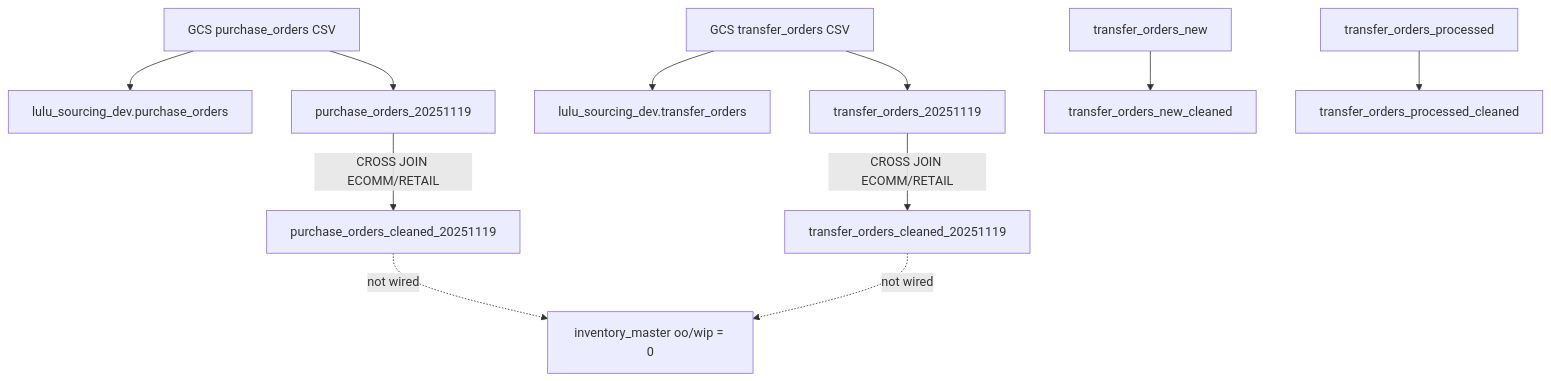
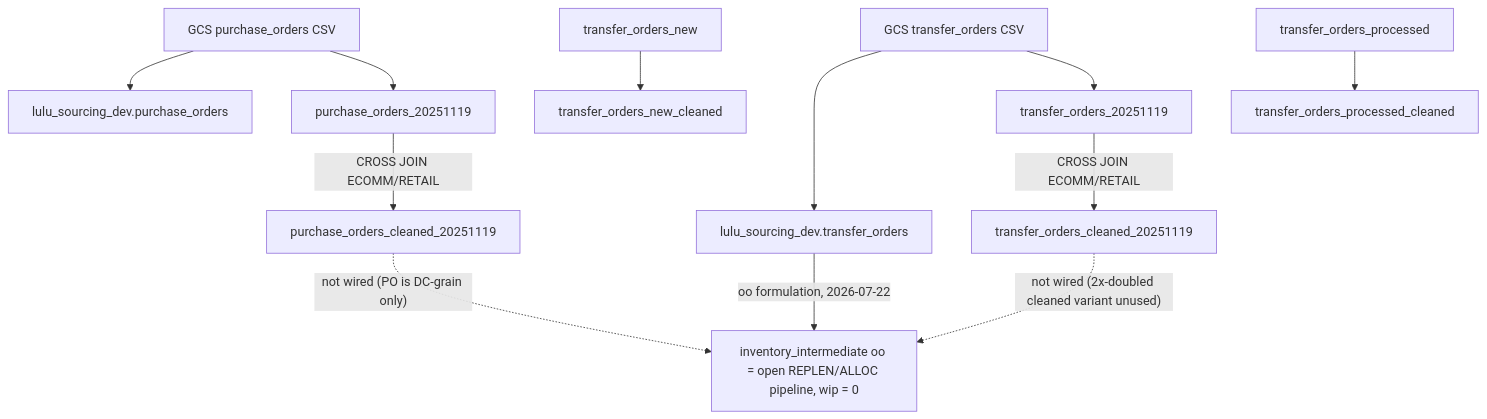
One commit to ejazanwar-IA/Lululemon changed the diagram in findings/po_transfer_cleaning_audit.md. Above: the diagram before and after it, drawn with Mermaid. The commit also changed other lines of this file and 3 other files, not shown here.

First line of the commit message:
Wire inventory_intermediate.oo from transfer_orders open pipeline

````diff
--- a/findings/po_transfer_cleaning_audit.md
+++ b/findings/po_transfer_cleaning_audit.md
@@ -68,27 +68,28 @@
 ```mermaid
 flowchart TD
   gcsPO[GCS purchase_orders CSV]
   gcsTO[GCS transfer_orders CSV]
   devPO[lulu_sourcing_dev.purchase_orders]
   devTO[lulu_sourcing_dev.transfer_orders]
   rawPO[purchase_orders_20251119]
   rawTO[transfer_orders_20251119]
   cleanPO[purchase_orders_cleaned_20251119]
   cleanTO[transfer_orders_cleaned_20251119]
   toNew[transfer_orders_new]
   toProc[transfer_orders_processed]
   toNewClean[transfer_orders_new_cleaned]
   toProcClean[transfer_orders_processed_cleaned]
-  master[inventory_master oo/wip = 0]
+  master[inventory_intermediate oo = open REPLEN/ALLOC pipeline, wip = 0]
 
   gcsPO --> devPO
   gcsTO --> devTO
   gcsPO --> rawPO
   gcsTO --> rawTO
   rawPO -->|"CROSS JOIN ECOMM/RETAIL"| cleanPO
   rawTO -->|"CROSS JOIN ECOMM/RETAIL"| cleanTO
   toNew --> toNewClean
   toProc --> toProcClean
-  cleanPO -.->|"not wired"| master
-  cleanTO -.->|"not wired"| master
+  cleanPO -.->|"not wired (PO is DC-grain only)"| master
+  cleanTO -.->|"not wired (2x-doubled cleaned variant unused)"| master
+  devTO -->|"oo formulation, 2026-07-22"| master
 ```
````
